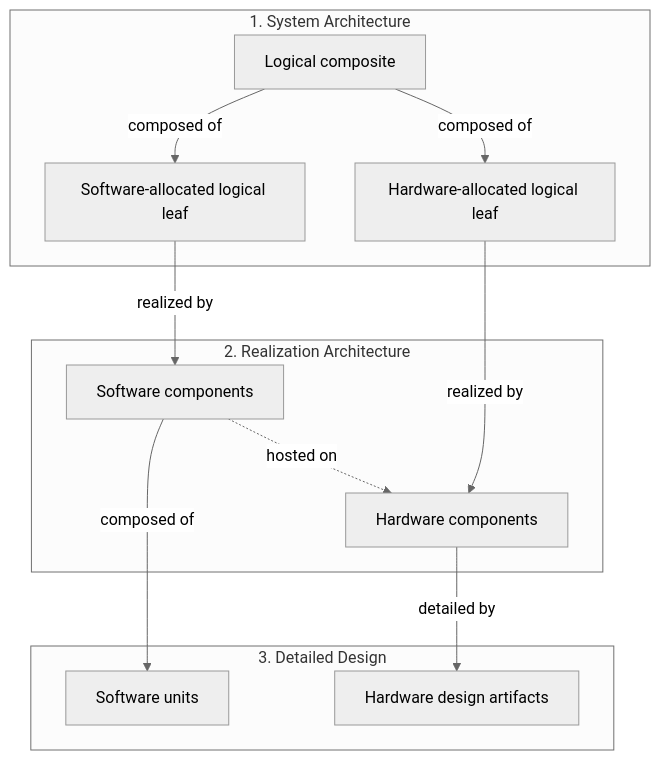
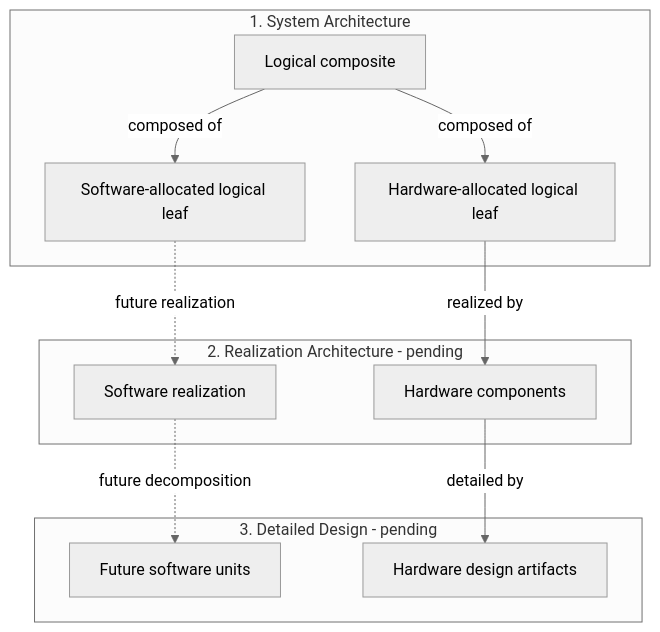
One commit to dhellhake/X2CityMCU changed the first of 2 diagrams in .devenv/Requirements/REQ-001_Requirements.md. Above: the diagram before and after it, drawn with Mermaid (neutral theme). The commit also changed other lines of this file and 106 other files, not shown here.

Commit message:
Removed Software Architecture and Unit Design

````diff
--- a/.devenv/Requirements/REQ-001_Requirements.md
+++ b/.devenv/Requirements/REQ-001_Requirements.md
@@ -30,20 +30,19 @@
 ```mermaid
 flowchart TB
     subgraph SA["1. System Architecture"]
         L["Logical composite"] -->|composed of| S["Software-allocated logical leaf"]
         L -->|composed of| H["Hardware-allocated logical leaf"]
     end
-    subgraph RA["2. Realization Architecture"]
-        SC["Software components"]
+    subgraph RA["2. Realization Architecture - pending"]
+        SC["Software realization"]
         HC["Hardware components"]
-        SC -.->|hosted on| HC
     end
-    subgraph DD["3. Detailed Design"]
-        U["Software units"]
+    subgraph DD["3. Detailed Design - pending"]
+        U["Future software units"]
         HD["Hardware design artifacts"]
     end
-    S -->|realized by| SC
+    S -.->|future realization| SC
     H -->|realized by| HC
-    SC -->|composed of| U
+    SC -.->|future decomposition| U
     HC -->|detailed by| HD
 ```
````
